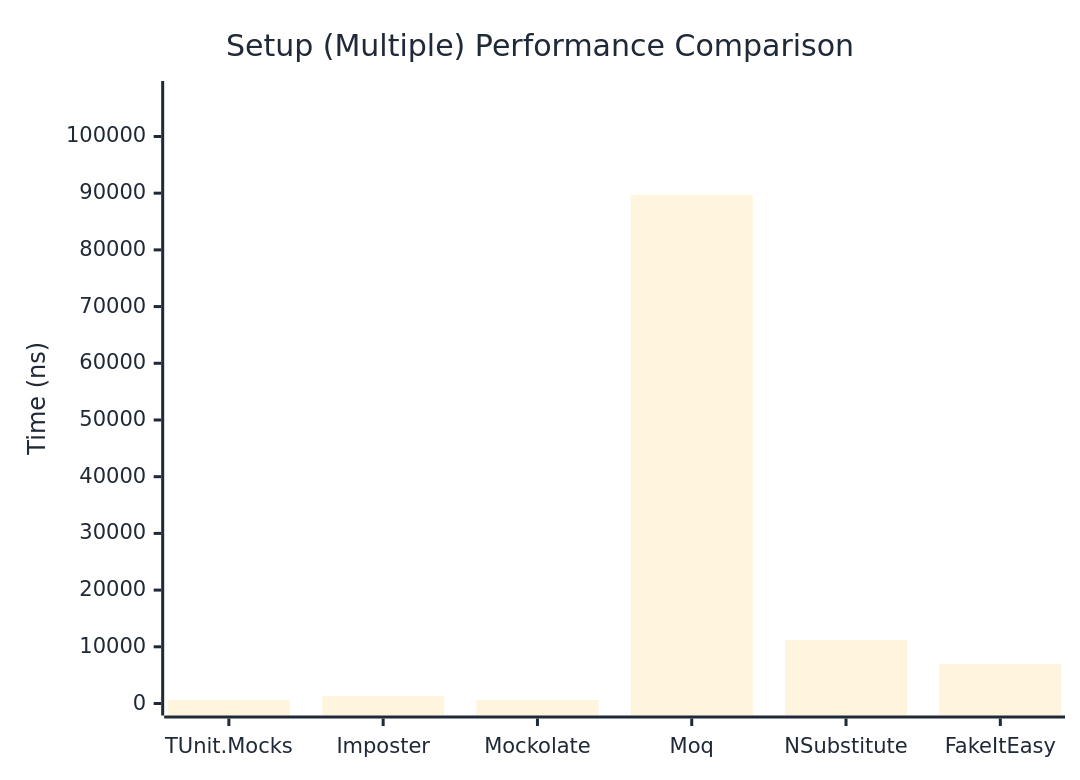
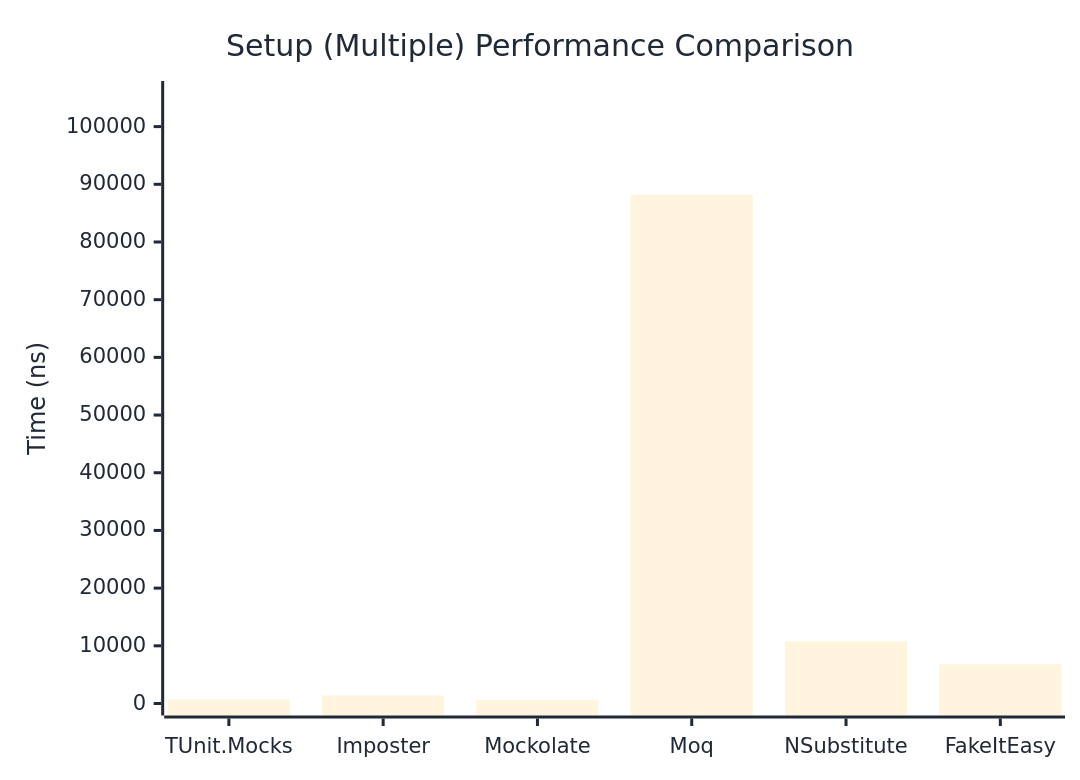
The second of 2 diagrams in docs/docs/benchmarks/mocks/Setup.md (thomhurst/TUnit), drawn with Mermaid before and after one commit. The commit also changed other lines of this file and 14 other files, not shown here.

````diff
--- a/docs/docs/benchmarks/mocks/Setup.md
+++ b/docs/docs/benchmarks/mocks/Setup.md
@@ -69,27 +69,27 @@
 ```mermaid
 %%{init: {
   'theme':'base',
   'themeVariables': {
     'primaryColor': '#2563eb',
     'primaryTextColor': '#1f2937',
     'primaryBorderColor': '#1e40af',
     'lineColor': '#6b7280',
     'secondaryColor': '#7c3aed',
     'tertiaryColor': '#dc2626',
     'background': '#ffffff',
     'pie1': '#2563eb',
     'pie2': '#7c3aed',
     'pie3': '#dc2626',
     'pie4': '#f59e0b',
     'pie5': '#10b981',
     'pie6': '#06b6d4',
     'pie7': '#ec4899',
     'pie8': '#6366f1'
   }
 }}%%
 xychart-beta
   title "Setup (Multiple) Performance Comparison"
   x-axis ["TUnit.Mocks", "Imposter", "Mockolate", "Moq", "NSubstitute", "FakeItEasy"]
-  y-axis "Time (ns)" 0 --> 107668
-  bar [659.5, 1341.4, 623, 89722.8, 11226.4, 6963.2]
+  y-axis "Time (ns)" 0 --> 105826
+  bar [679.4, 1372.1, 580.3, 88188.2, 10763, 6777.1]
 ```
````
